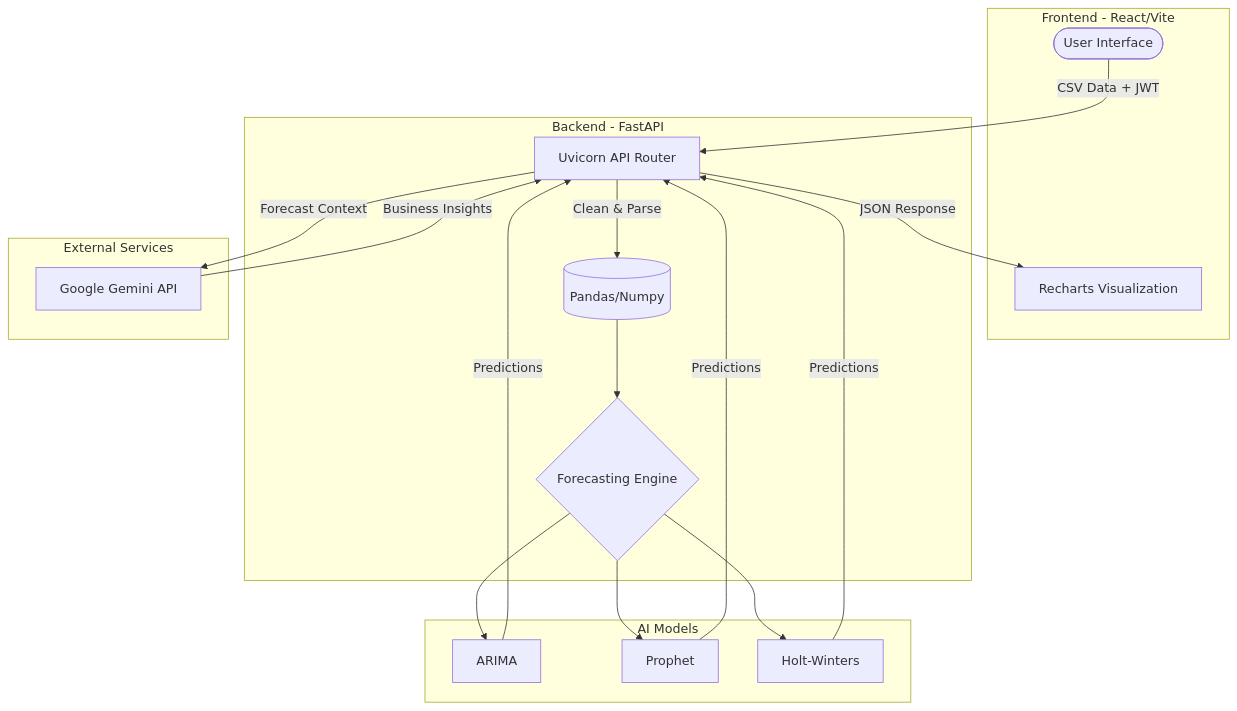
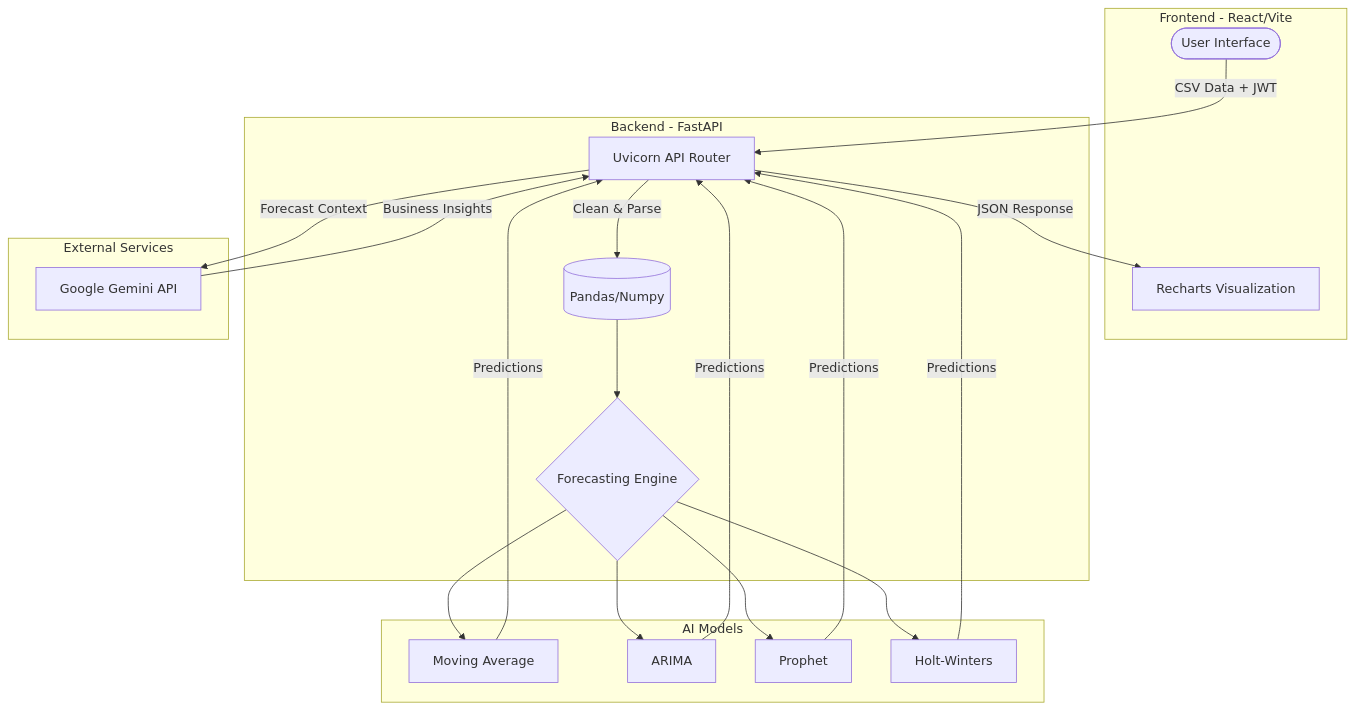
Before and after one commit to gms26/Forcasting: the first of 2 diagrams in README.md, drawn with Mermaid.

Commit message:
Update diagram to include 4 models (added Moving Average)

````diff
--- a/README.md
+++ b/README.md
@@ -21,33 +21,34 @@
 ```mermaid
 flowchart TD
     subgraph Client [Frontend - React/Vite]
         UI([User Interface])
         Chart[Recharts Visualization]
     end
 
     subgraph Server [Backend - FastAPI]
         API[Uvicorn API Router]
         Data[(Pandas/Numpy)]
         Engine{Forecasting Engine}
     end
 
     subgraph Models [AI Models]
+        MA[Moving Average]
         ARIMA[ARIMA]
         Prophet[Prophet]
         HW[Holt-Winters]
     end
 
     subgraph GenAI [External Services]
         Gemini[Google Gemini API]
     end
 
     %% Flow
     UI -->|CSV Data + JWT| API
     API -->|Clean & Parse| Data
     Data --> Engine
-    Engine --> ARIMA & Prophet & HW
-    ARIMA & Prophet & HW -->|Predictions| API
+    Engine --> MA & ARIMA & Prophet & HW
+    MA & ARIMA & Prophet & HW -->|Predictions| API
     API -->|Forecast Context| Gemini
     Gemini -->|Business Insights| API
     API -->|JSON Response| Chart
 ```
````
